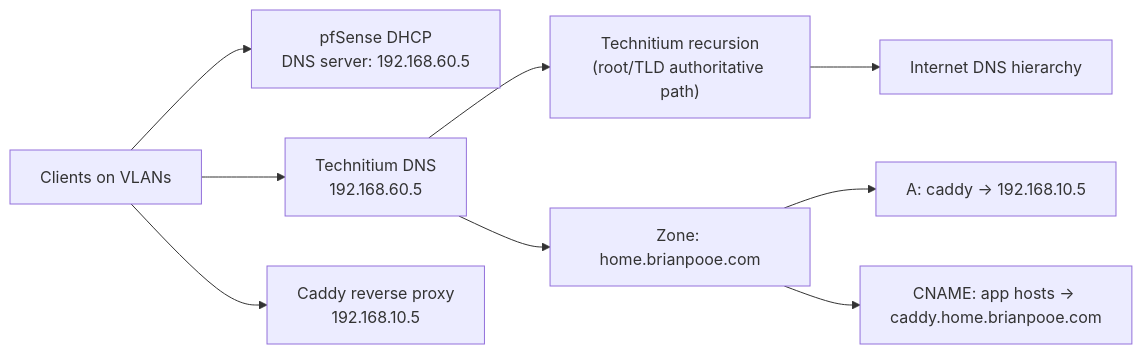
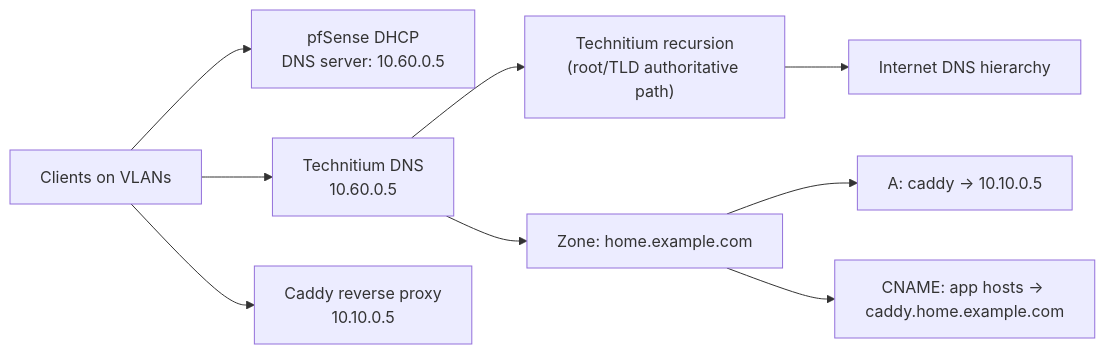
The second of 2 diagrams in dns/pfsense-pihole-technitium-analysis.md (brianpooe/synology-docker-services), drawn with Mermaid before and after one commit. The commit also changed other lines of this file and 7 other files, not shown here.

````diff
--- a/dns/pfsense-pihole-technitium-analysis.md
+++ b/dns/pfsense-pihole-technitium-analysis.md
@@ -146,13 +146,13 @@
 ```mermaid
 flowchart LR
-    A["Clients on VLANs"] --> B["pfSense DHCP\nDNS server: 192.168.60.5"]
-    A --> C["Technitium DNS\n192.168.60.5"]
+    A["Clients on VLANs"] --> B["pfSense DHCP\nDNS server: 10.60.0.5"]
+    A --> C["Technitium DNS\n10.60.0.5"]
     C --> D["Technitium recursion\n(root/TLD authoritative path)"]
     D --> E["Internet DNS hierarchy"]
 
-    C --> F["Zone: home.brianpooe.com"]
-    F --> G["A: caddy -> 192.168.10.5"]
-    F --> H["CNAME: app hosts -> caddy.home.brianpooe.com"]
+    C --> F["Zone: home.example.com"]
+    F --> G["A: caddy -> 10.10.0.5"]
+    F --> H["CNAME: app hosts -> caddy.home.example.com"]
 
-    A --> I["Caddy reverse proxy\n192.168.10.5"]
+    A --> I["Caddy reverse proxy\n10.10.0.5"]
 ```
````
